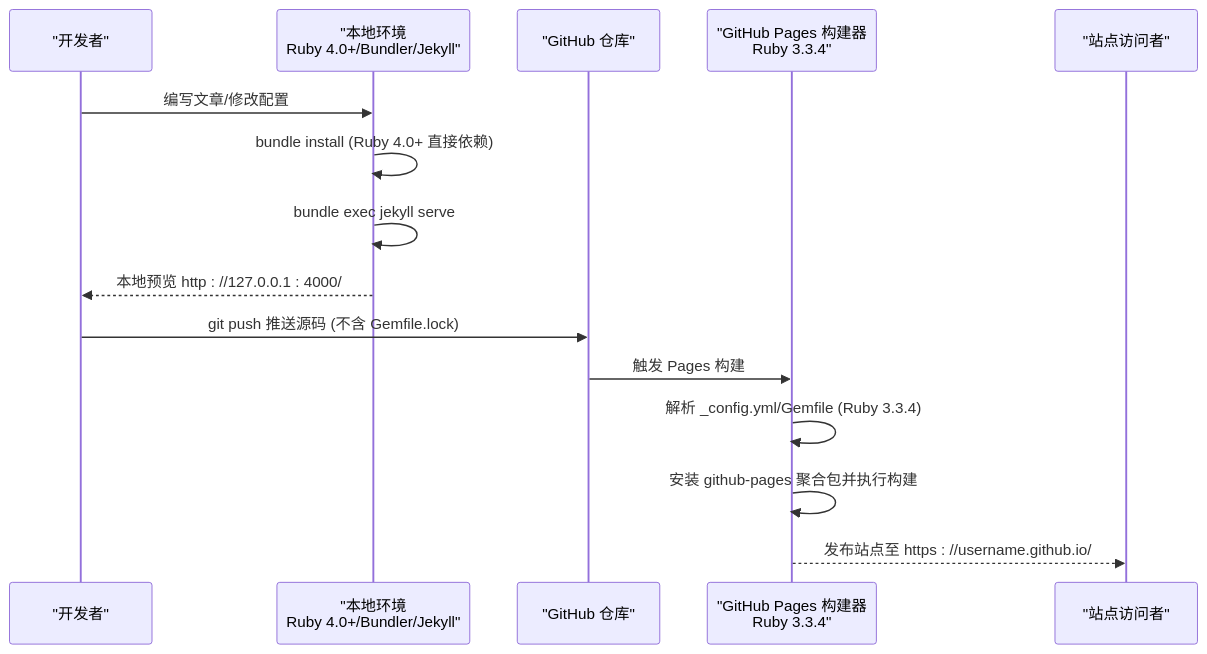
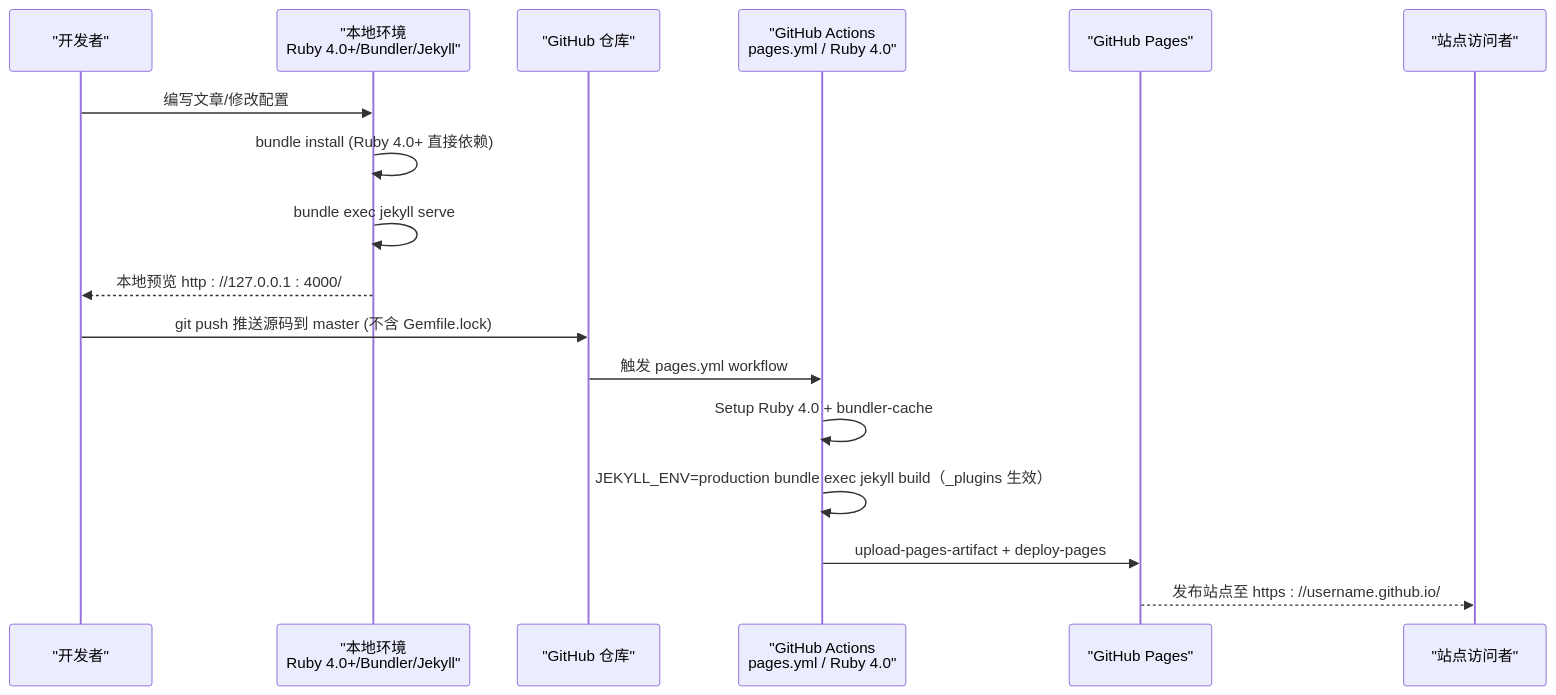
The second of 4 diagrams in .qoder/repowiki/zh/content/部署与维护/GitHub Pages 部署.md (LZC6244/lzc6244.github.io), drawn with Mermaid before and after one commit. The commit also changed other lines of this file and 12 other files, not shown here.

First line of the commit message:
feat(blog): 添加 GitHub Actions 自建构建部署流程

````diff
--- a/.qoder/repowiki/zh/content/部署与维护/GitHub Pages 部署.md
+++ b/.qoder/repowiki/zh/content/部署与维护/GitHub Pages 部署.md
@@ -115,17 +120,19 @@
 ```mermaid
 sequenceDiagram
 participant Dev as "开发者"
 participant Local as "本地环境<br/>Ruby 4.0+/Bundler/Jekyll"
 participant GH as "GitHub 仓库"
-participant GP as "GitHub Pages 构建器<br/>Ruby 3.3.4"
+participant GA as "GitHub Actions<br/>pages.yml / Ruby 4.0"
+participant GP as "GitHub Pages"
 participant Site as "站点访问者"
 Dev->>Local : 编写文章/修改配置
 Local->>Local : bundle install (Ruby 4.0+ 直接依赖)
 Local->>Local : bundle exec jekyll serve
 Local-->>Dev : 本地预览 http : //127.0.0.1 : 4000/
-Dev->>GH : git push 推送源码 (不含 Gemfile.lock)
-GH->>GP : 触发 Pages 构建
-GP->>GP : 解析 _config.yml/Gemfile (Ruby 3.3.4)
-GP->>GP : 安装 github-pages 聚合包并执行构建
+Dev->>GH : git push 推送源码到 master (不含 Gemfile.lock)
+GH->>GA : 触发 pages.yml workflow
+GA->>GA : Setup Ruby 4.0 + bundler-cache
+GA->>GA : JEKYLL_ENV=production bundle exec jekyll build（_plugins 生效）
+GA->>GP : upload-pages-artifact + deploy-pages
 GP-->>Site : 发布站点至 https : //username.github.io/
 ```
````
